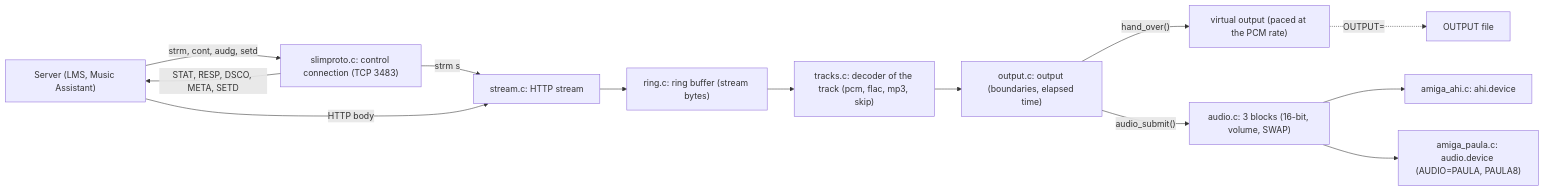
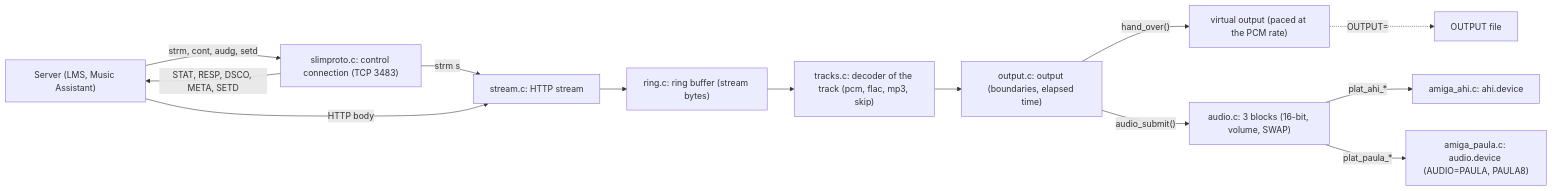
The first of 4 diagrams in docs/development/architecture.md (shadow38/amiga-network-music), drawn with Mermaid before and after one commit. The commit also changed other lines of this file and 2 other files, not shown here.

First line of the commit message:
Docs: AHI and Paula direct named apart in the developer documents

````diff
--- a/docs/development/architecture.md
+++ b/docs/development/architecture.md
@@ -18,24 +18,25 @@
 ```mermaid
 flowchart LR
     server["Server (LMS, Music Assistant)"]
     slim["slimproto.c: control connection (TCP 3483)"]
     http["stream.c: HTTP stream"]
     ring["ring.c: ring buffer (stream bytes)"]
     dec["tracks.c: decoder of the track (pcm, flac, mp3, skip)"]
     out["output.c: output (boundaries, elapsed time)"]
     virt["virtual output (paced at the PCM rate)"]
     file["OUTPUT file"]
     blocks["audio.c: 3 blocks (16-bit, volume, SWAP)"]
     ahi["amiga_ahi.c: ahi.device"]
     paula["amiga_paula.c: audio.device (AUDIO=PAULA, PAULA8)"]
 
     server -->|"strm, cont, audg, setd"| slim
     slim -->|"STAT, RESP, DSCO, META, SETD"| server
     slim -->|"strm s"| http
     server -->|"HTTP body"| http
     http --> ring --> dec --> out
     out -->|"hand_over()"| virt
     virt -.->|"OUTPUT="| file
-    out -->|"audio_submit()"| blocks --> ahi
-    blocks --> paula
+    out -->|"audio_submit()"| blocks
+    blocks -->|"plat_ahi_*"| ahi
+    blocks -->|"plat_paula_*"| paula
 ```
````
